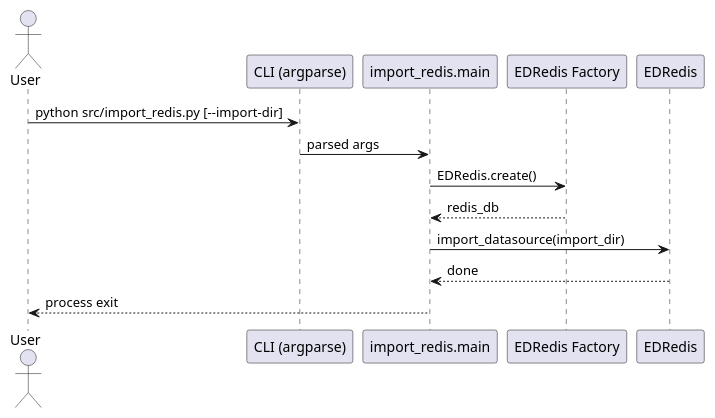
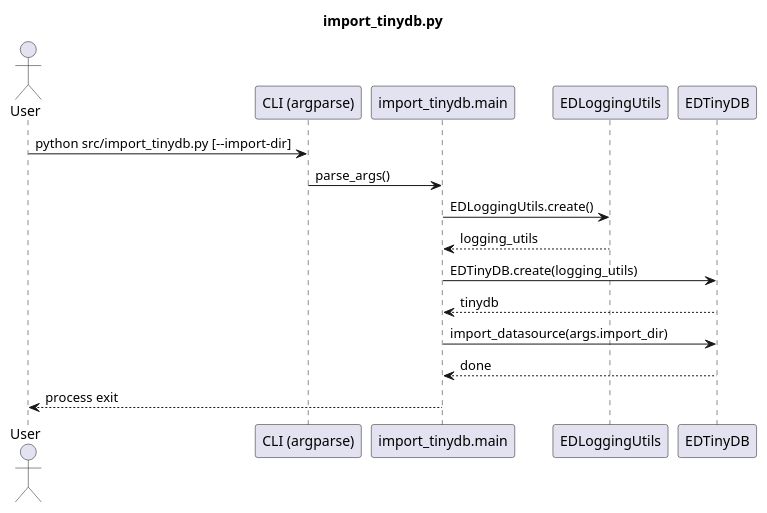
One commit to fazleskhan/elite_dangerous_discord_tools changed the first of 4 diagrams in docs/datastore_transfer_sequences.puml. Above: the diagram before and after it, drawn with PlantUML. The commit also changed other lines of this file and 73 other files, not shown here.

Commit message:
updated diagrams, readme, code comments and blacked source

```diff
--- a/docs/datastore_transfer_sequences.puml
+++ b/docs/datastore_transfer_sequences.puml
@@ -1,15 +1,19 @@
-@startuml import_redis
+@startuml import_tinydb
+title import_tinydb.py
+
 actor User
 participant "CLI (argparse)" as CLI
-participant "import_redis.main" as Main
-participant "EDRedis Factory" as RedisFactory
-participant "EDRedis" as RedisDB
+participant "import_tinydb.main" as Main
+participant "EDLoggingUtils" as Logging
+participant "EDTinyDB" as TinyDB
 
-User -> CLI : python src/import_redis.py [--import-dir]
-CLI -> Main : parsed args
-Main -> RedisFactory : EDRedis.create()
-RedisFactory --> Main : redis_db
-Main -> RedisDB : import_datasource(import_dir)
-RedisDB --> Main : done
+User -> CLI : python src/import_tinydb.py [--import-dir]
+CLI -> Main : parse_args()
+Main -> Logging : EDLoggingUtils.create()
+Logging --> Main : logging_utils
+Main -> TinyDB : EDTinyDB.create(logging_utils)
+TinyDB --> Main : tinydb
+Main -> TinyDB : import_datasource(args.import_dir)
+TinyDB --> Main : done
 Main --> User : process exit
 @enduml
```
